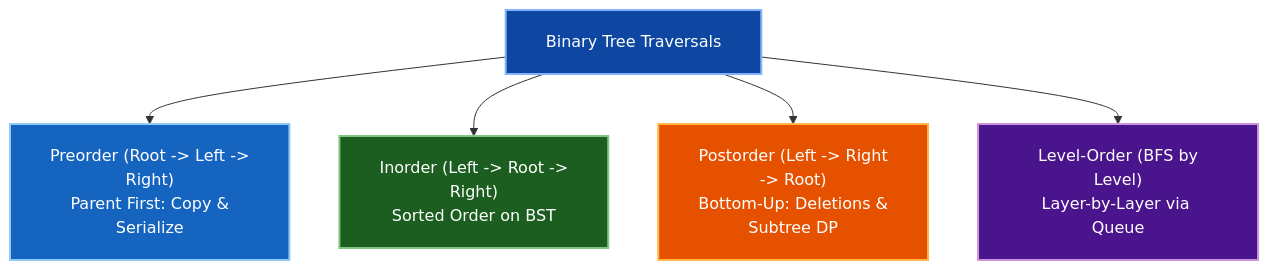
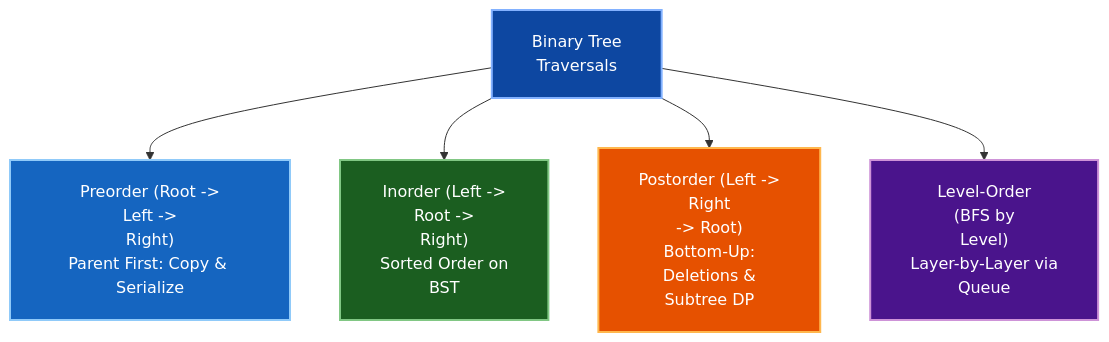
The third of 25 diagrams in week_07_trees_and_balanced_search_trees/Week_07_Visual_Concepts_Playbook_HYBRID.md (dip4k/DSA_102), drawn with Mermaid before and after one commit. The commit also changed other lines of this file and 106 other files, not shown here.

First line of the commit message:
fix(mermaid): prevent text clipping with foreignObject overflow and tighter line wrapping

````diff
--- a/week_07_trees_and_balanced_search_trees/Week_07_Visual_Concepts_Playbook_HYBRID.md
+++ b/week_07_trees_and_balanced_search_trees/Week_07_Visual_Concepts_Playbook_HYBRID.md
@@ -120,15 +120,15 @@
 ```mermaid
-%%{init: {"flowchart": {"htmlLabels": true, "padding": 20}}}%%
+%%{init: {"flowchart": {"htmlLabels": true, "padding": 20}, "themeCSS": "foreignObject { overflow: visible !important; }"}}%%
 flowchart TD
-    T["Binary Tree Traversals"]:::rootNode
-    T --> Pre["Preorder (Root -> Left -><br/>Right)<br/>Parent First: Copy &<br/>Serialize"]:::preNode
-    T --> In["Inorder (Left -> Root -><br/>Right)<br/>Sorted Order on BST"]:::inNode
-    T --> Post["Postorder (Left -> Right<br/>-> Root)<br/>Bottom-Up: Deletions &<br/>Subtree DP"]:::postNode
-    T --> Lvl["Level-Order (BFS by<br/>Level)<br/>Layer-by-Layer via Queue"]:::lvlNode
+    T["Binary Tree<br/>Traversals"]:::rootNode
+    T --> Pre["Preorder (Root -><br/>Left -><br/>Right)<br/>Parent First: Copy & Serialize"]:::preNode
+    T --> In["Inorder (Left -><br/>Root -><br/>Right)<br/>Sorted Order on<br/>BST"]:::inNode
+    T --> Post["Postorder (Left -><br/>Right<br/>-> Root)<br/>Bottom-Up:<br/>Deletions &<br/>Subtree DP"]:::postNode
+    T --> Lvl["Level-Order<br/>(BFS by<br/>Level)<br/>Layer-by-Layer via<br/>Queue"]:::lvlNode
 
     classDef rootNode fill:#0d47a1,stroke:#82b1ff,stroke-width:2px,color:#ffffff
     classDef preNode fill:#1565c0,stroke:#90caf9,stroke-width:2px,color:#ffffff
     classDef inNode fill:#1b5e20,stroke:#81c784,stroke-width:2px,color:#ffffff
     classDef postNode fill:#e65100,stroke:#ffb74d,stroke-width:2px,color:#ffffff
     classDef lvlNode fill:#4a148c,stroke:#ce93d8,stroke-width:2px,color:#ffffff
 ```
````
